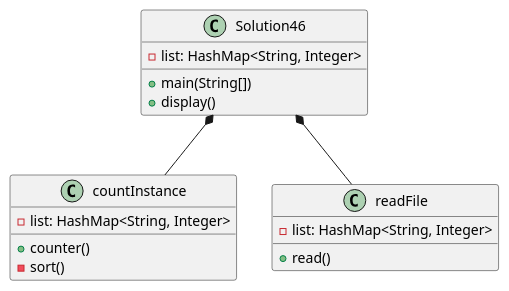
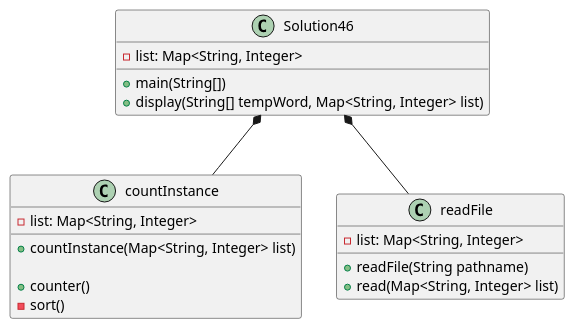
The diagram in exercise46/docs/Solution46_ClassDiagram.puml (cachemoney-3000/samontanez-a04), drawn with PlantUML before and after one commit. The commit also changed 17 other files, not shown here.

```diff
--- a/exercise46/docs/Solution46_ClassDiagram.puml
+++ b/exercise46/docs/Solution46_ClassDiagram.puml
@@ -1,22 +1,55 @@
 @startuml
 class Solution46 {
-    -list: HashMap<String, Integer>
+    -list: Map<String, Integer>
     +main(String[])
-    +display()
+        'readFile object
+        'store the lines scanned into the list
+
+        'call the countInstance object
+        'store the words into a string array
+
+        'prints out the final output by calling the display method
+
+    +display(String[] tempWord, Map<String, Integer> list)
+        'string builder object
+        'iterate through the list
+            'prints out the word
+            'as well as prints out how many stars(instance) they have
+            'store them into the string builder
+        'return the string builder
+
 }
 
 class countInstance {
-    -list: HashMap<String, Integer>
+    -list: Map<String, Integer>
+    'constructor
+    +countInstance(Map<String, Integer> list)
+
     +counter()
+        'loops through the map
+        'count how many instances per word
     -sort()
+        'sort the list by putting the word with higher instances and the top
+        'lowest instances at the bottom
 }
 
 class readFile{
-    -list: HashMap<String, Integer>
-    +read()
+    'constructor
+    +readFile(String pathname)
+    -list: Map<String, Integer>
+    +read(Map<String, Integer> list)
+        'try:
+            'will keep looping through the file
+            'scan all the words in the file
+            'put them into the list
+            'count how many instances each word have and store it into the list
+        'catch all the exception and prints them
+        'close the scanner
+        'returns the list Map
+
 }
 
 
 Solution46 *-- readFile
 Solution46 *-- countInstance
 @enduml
```
